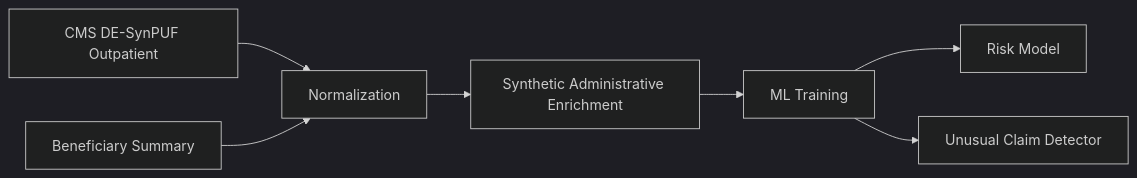
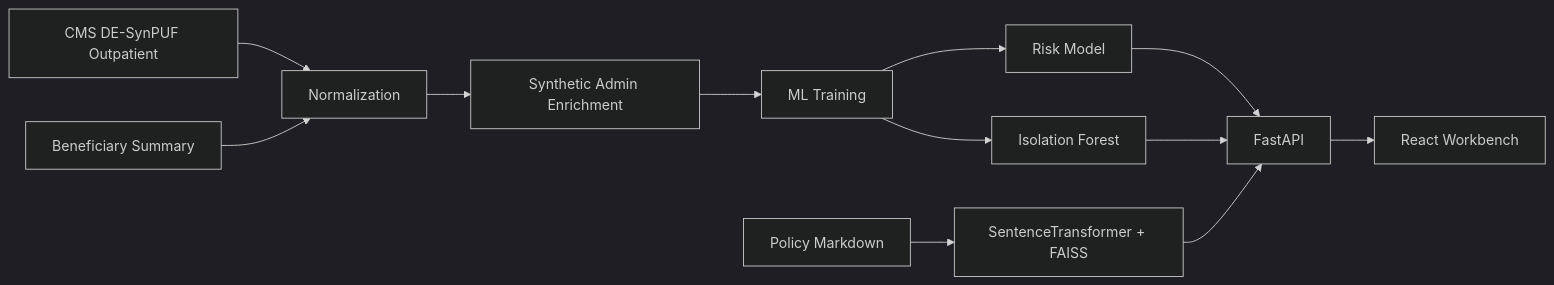
Before and after one commit to shuban2204/HealthOps-ClaimGuard-AI: the diagram in README.md, drawn with Mermaid (dark theme). The commit also changed other lines of this file and 6 other files, not shown here.

````diff
--- a/README.md
+++ b/README.md
@@ -15,9 +44,14 @@
 ```mermaid
 flowchart LR
   A[CMS DE-SynPUF Outpatient] --> B[Normalization]
   C[Beneficiary Summary] --> B
-  B --> D[Synthetic Administrative Enrichment]
+  B --> D[Synthetic Admin Enrichment]
   D --> E[ML Training]
   E --> F[Risk Model]
-  E --> G[Unusual Claim Detector]
+  E --> G[Isolation Forest]
+  H[Policy Markdown] --> I[SentenceTransformer + FAISS]
+  F --> J[FastAPI]
+  G --> J
+  I --> J
+  J --> K[React Workbench]
 ```
````
